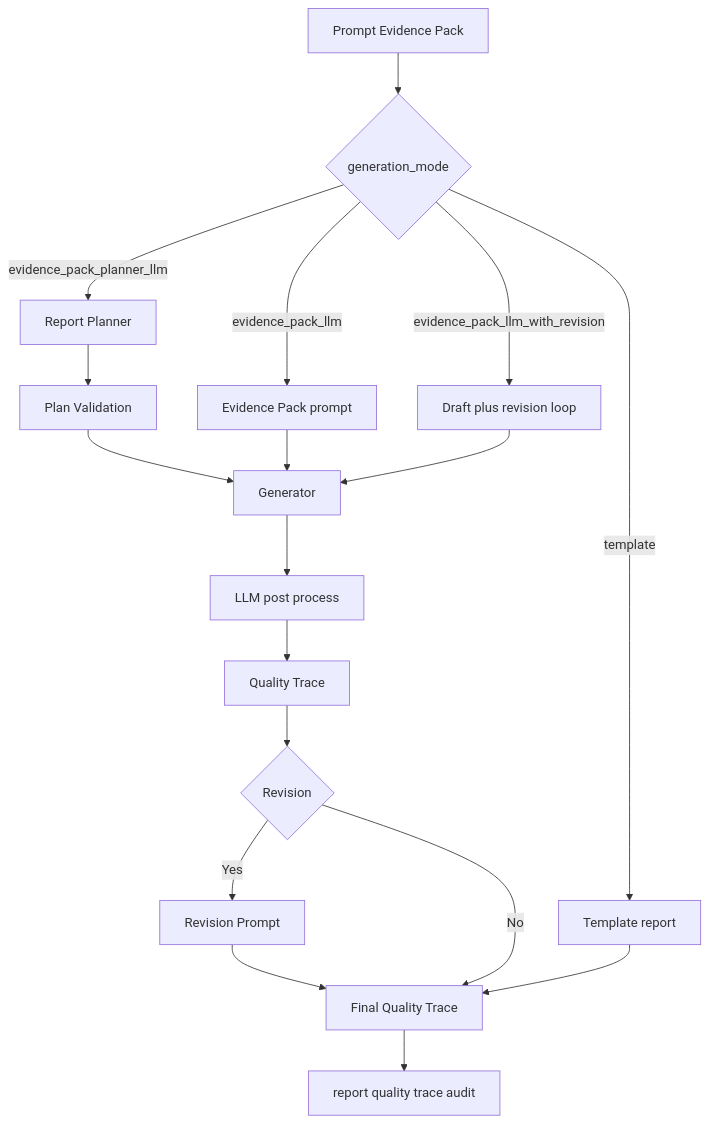
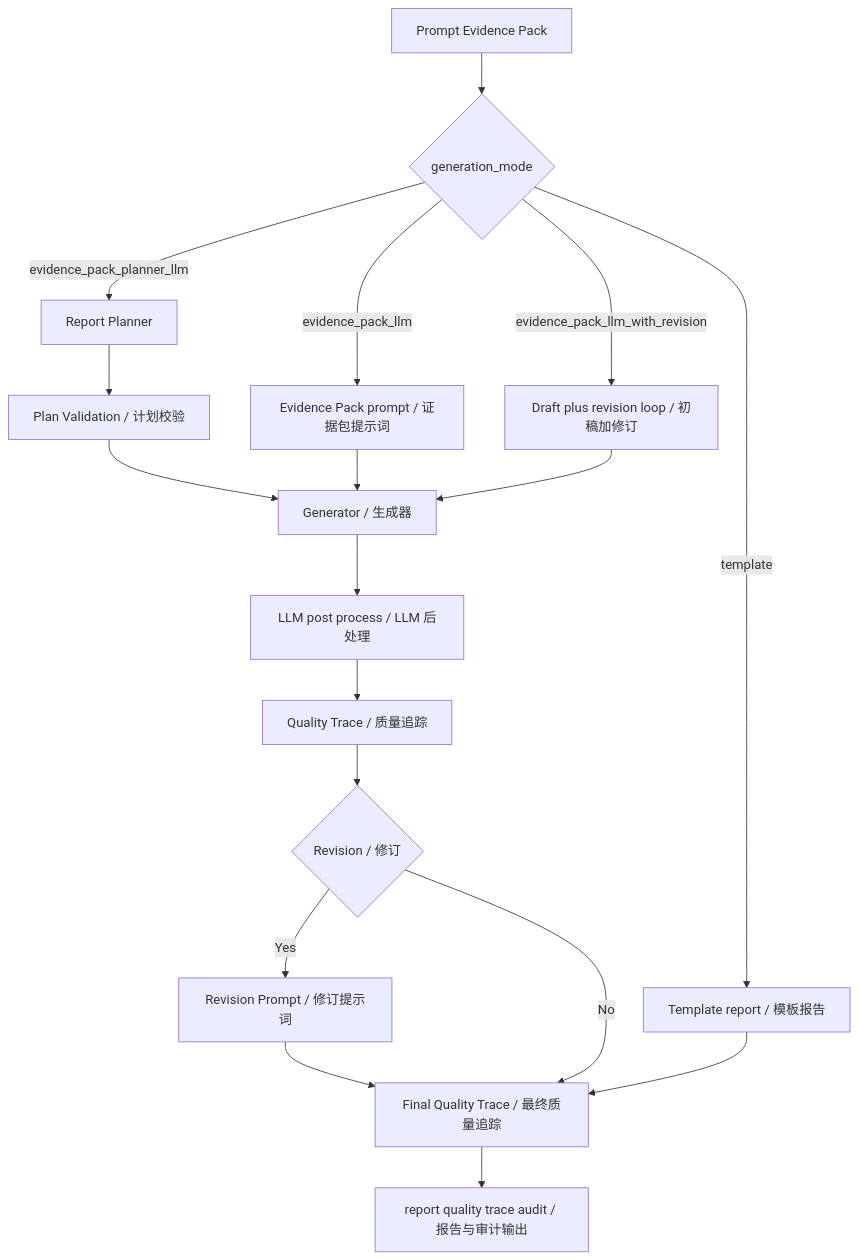
Before and after one commit to xiaodazhao/tbm-report: the third of 5 diagrams in backend/docs/system_architecture.md, drawn with Mermaid. The commit also changed other lines of this file and 1 other file, not shown here.

Commit message:
Add bilingual labels to Mermaid diagrams

````diff
--- a/backend/docs/system_architecture.md
+++ b/backend/docs/system_architecture.md
@@ -93,21 +93,21 @@
 ```mermaid
 flowchart TD
     A[Prompt Evidence Pack] --> B{generation_mode}
-    B -->|template| C[Template report]
-    B -->|evidence_pack_llm| D[Evidence Pack prompt]
-    B -->|evidence_pack_llm_with_revision| E[Draft plus revision loop]
+    B -->|template| C[Template report / 模板报告]
+    B -->|evidence_pack_llm| D[Evidence Pack prompt / 证据包提示词]
+    B -->|evidence_pack_llm_with_revision| E[Draft plus revision loop / 初稿加修订]
     B -->|evidence_pack_planner_llm| F[Report Planner]
 
-    F --> G[Plan Validation]
-    G --> H[Generator]
+    F --> G[Plan Validation / 计划校验]
+    G --> H[Generator / 生成器]
     D --> H
     E --> H
-    H --> I[LLM post process]
-    I --> J[Quality Trace]
-    J --> K{Revision}
-    K -->|Yes| L[Revision Prompt]
-    L --> M[Final Quality Trace]
+    H --> I[LLM post process / LLM 后处理]
+    I --> J[Quality Trace / 质量追踪]
+    J --> K{Revision / 修订}
+    K -->|Yes| L[Revision Prompt / 修订提示词]
+    L --> M[Final Quality Trace / 最终质量追踪]
     K -->|No| M
     C --> M
-    M --> N[report quality trace audit]
+    M --> N[report quality trace audit / 报告与审计输出]
 ```
````
